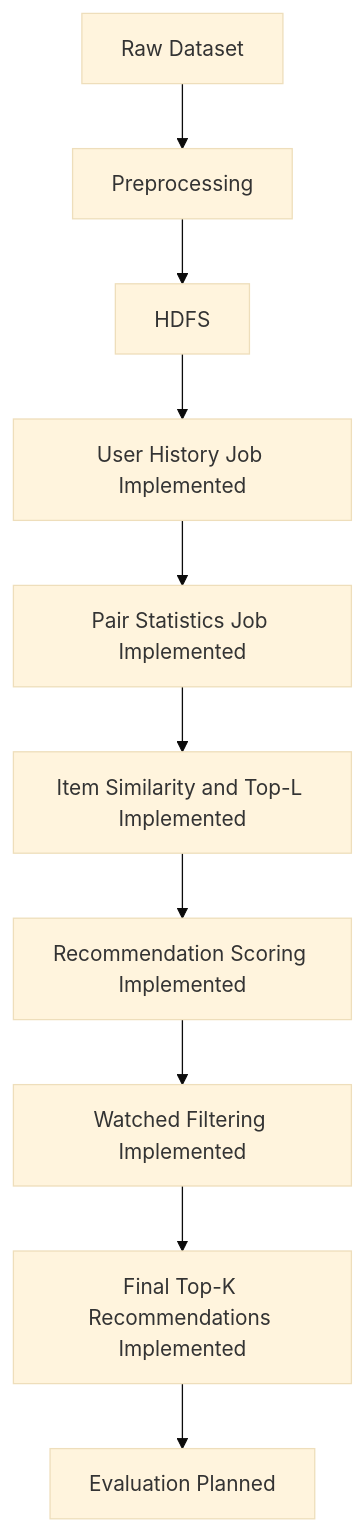
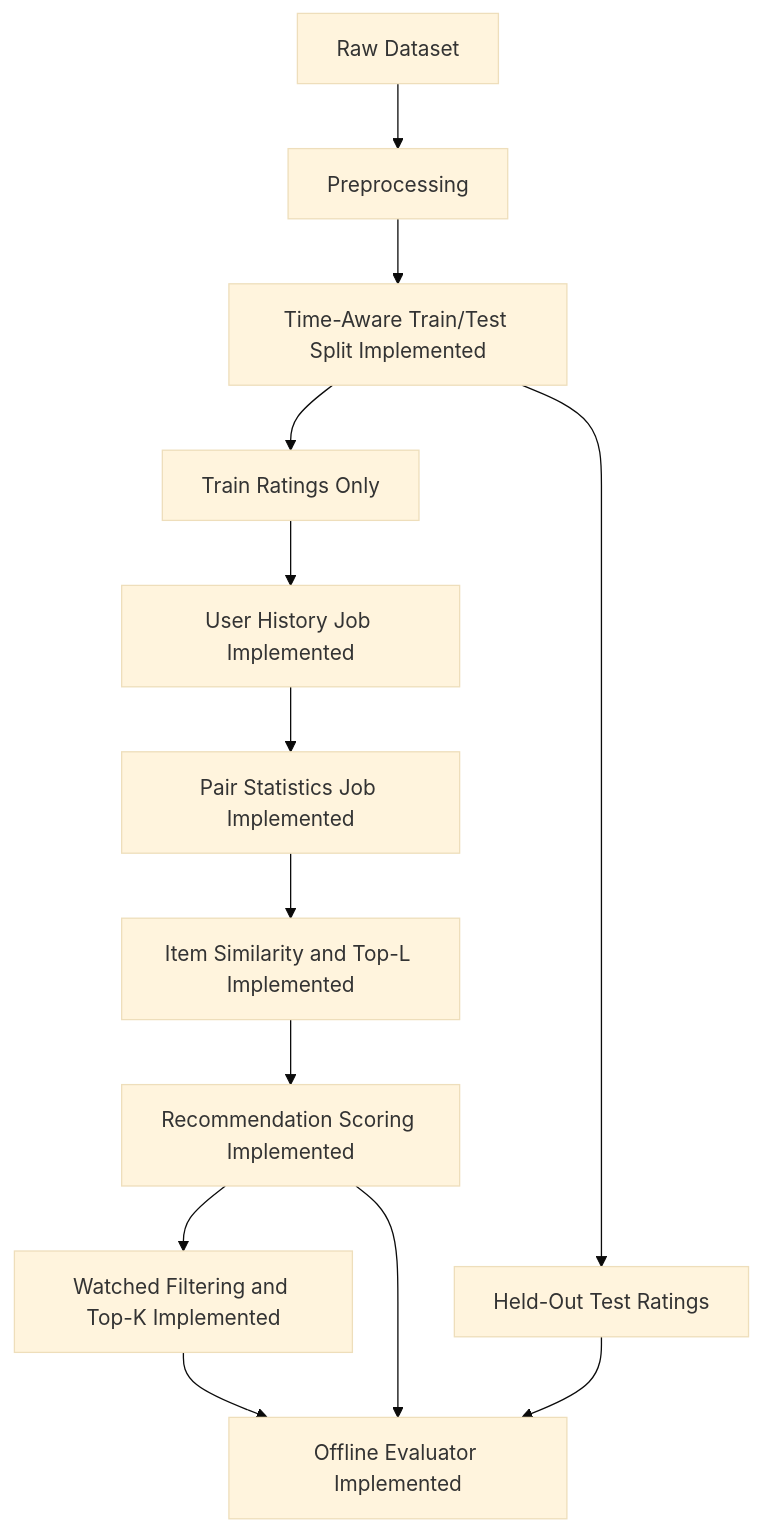
One commit to hieulenho/movie-recommender-hadoop changed the diagram in docs/architecture.md. Above: the diagram before and after it, drawn with Mermaid (base theme). The commit also changed other lines of this file and 24 other files, not shown here.

Commit message:
feat: add time-aware offline recommendation evaluation

````diff
--- a/docs/architecture.md
+++ b/docs/architecture.md
@@ -19,12 +19,15 @@
 ```mermaid
 flowchart TD
     A[Raw Dataset] --> B[Preprocessing]
-    B --> C[HDFS]
-    C --> D[User History Job Implemented]
-    D --> E[Pair Statistics Job Implemented]
-    E --> F[Item Similarity and Top-L Implemented]
-    F --> G[Recommendation Scoring Implemented]
-    G --> H[Watched Filtering Implemented]
-    H --> I[Final Top-K Recommendations Implemented]
-    I --> J[Evaluation Planned]
+    B --> C[Time-Aware Train/Test Split Implemented]
+    C --> D[Train Ratings Only]
+    C --> T[Held-Out Test Ratings]
+    D --> E[User History Job Implemented]
+    E --> F[Pair Statistics Job Implemented]
+    F --> G[Item Similarity and Top-L Implemented]
+    G --> H[Recommendation Scoring Implemented]
+    H --> I[Watched Filtering and Top-K Implemented]
+    I --> J[Offline Evaluator Implemented]
+    H --> J
+    T --> J
 ```
````
